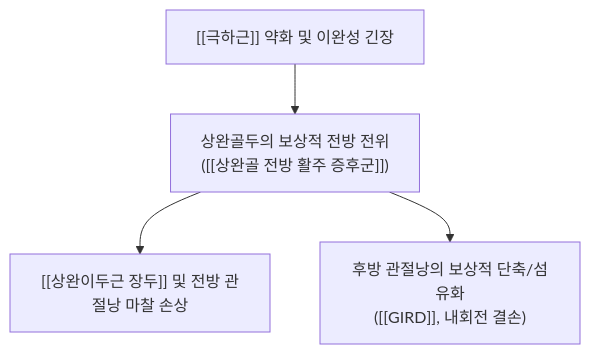
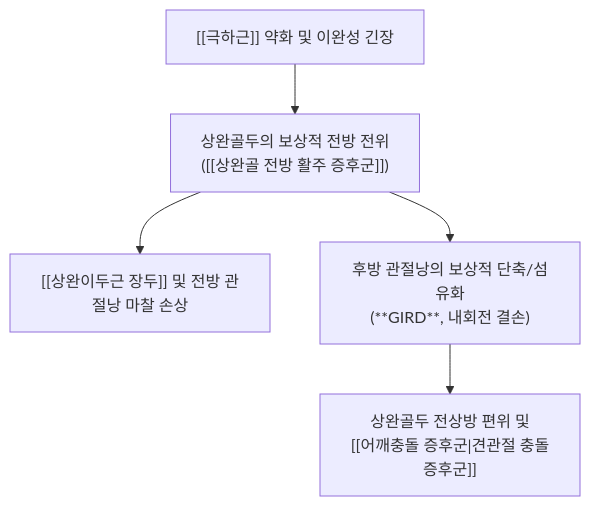
The second of 3 diagrams in content/1. 근골격계 공부/근육/(4) 어깨/극하근.md (simbio11/simbio-digital-garden2), drawn with Mermaid before and after one commit. The commit also changed other lines of this file and 150 other files, not shown here.

````diff
--- a/content/1. 근골격계 공부/근육/(4) 어깨/극하근.md
+++ b/content/1. 근골격계 공부/근육/(4) 어깨/극하근.md
@@ -56,8 +66,7 @@
 ```mermaid
 graph TD
-    InfraspWeak["[[극하근]] 약화 및 이완성 긴장"] --> AntGlide["상완골두의 보상적 전방 전위
-([[상완골 전방 활주 증후군]])"]
+    InfraspWeak["[[극하근]] 약화 및 이완성 긴장"] --> AntGlide["상완골두의 보상적 전방 전위<br>([[상완골 전방 활주 증후군]])"]
     AntGlide --> BicepsFriction["[[상완이두근 장두]] 및 전방 관절낭 마찰 손상"]
-    AntGlide --> PostCapsuleTight["후방 관절낭의 보상적 단축/섬유화
-([[GIRD]], 내회전 결손)"]
+    AntGlide --> PostCapsuleTight["후방 관절낭의 보상적 단축/섬유화<br>(**GIRD**, 내회전 결손)"]
+    PostCapsuleTight --> SubacromialImp["상완골두 전상방 편위 및<br>[[어깨충돌 증후군|견관절 충돌증후군]]"]
 ```
````
